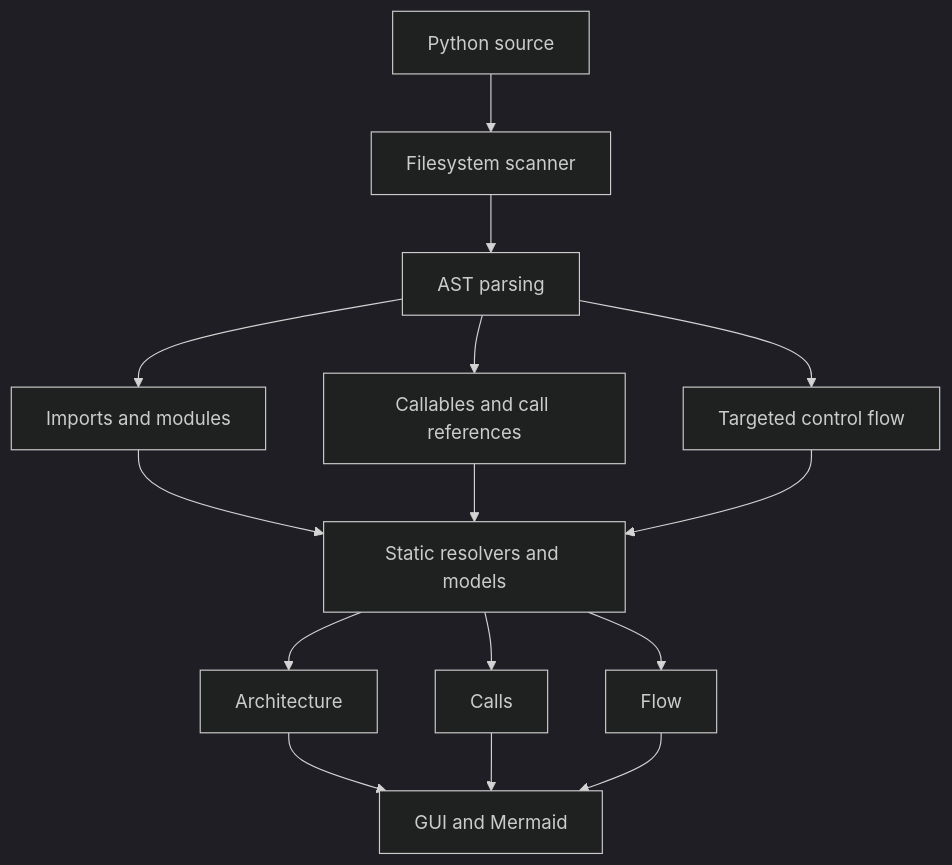
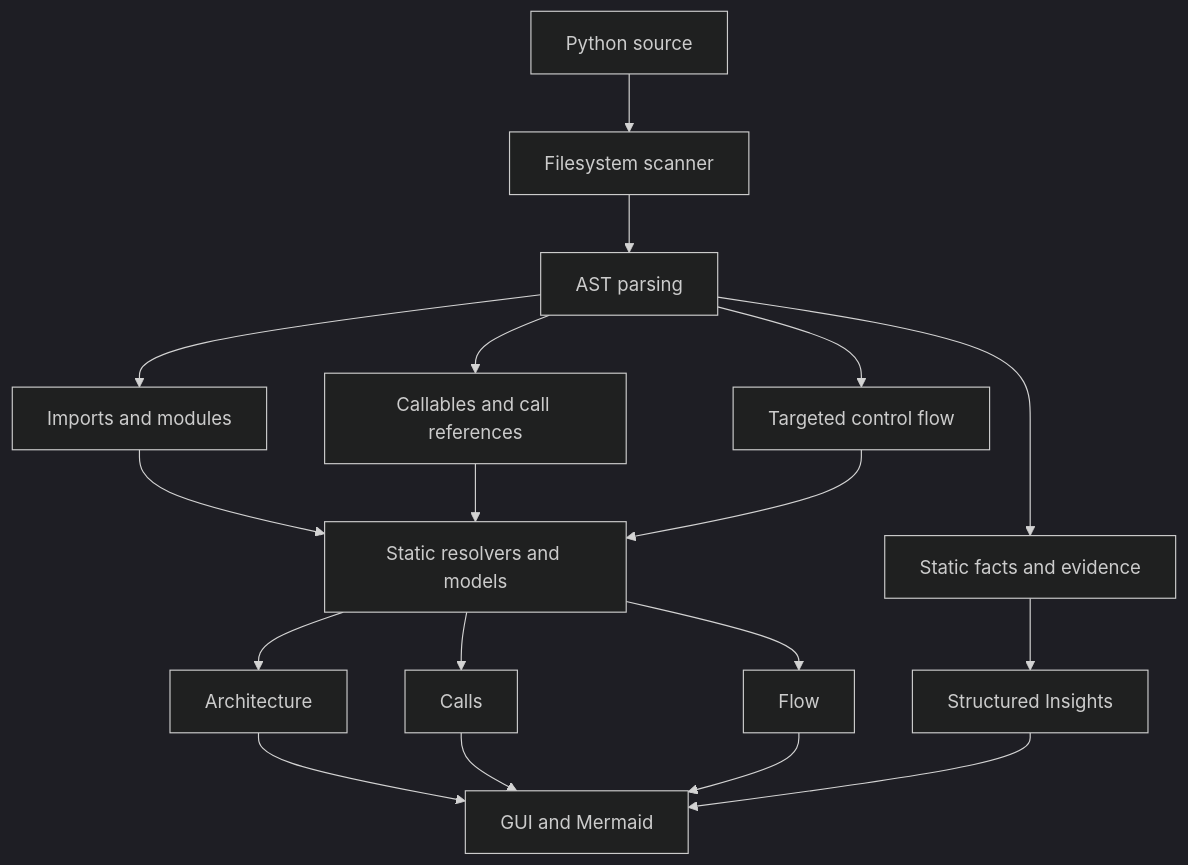
The diagram in README.md (tonygloaguen/PySynoptic), drawn with Mermaid (dark theme) before and after one commit. The commit also changed other lines of this file and 7 other files, not shown here.

````diff
--- a/README.md
+++ b/README.md
@@ -101,17 +115,20 @@
 ```mermaid
 flowchart TD
     source[Python source] --> scanner[Filesystem scanner]
     scanner --> ast[AST parsing]
     ast --> imports[Imports and modules]
     ast --> calls[Callables and call references]
     ast --> flow[Targeted control flow]
+    ast --> facts[Static facts and evidence]
     imports --> resolvers[Static resolvers and models]
     calls --> resolvers
     flow --> resolvers
+    facts --> insights[Structured Insights]
     resolvers --> architecture[Architecture]
     resolvers --> call_view[Calls]
     resolvers --> flow_view[Flow]
     architecture --> output[GUI and Mermaid]
     call_view --> output
     flow_view --> output
+    insights --> output
 ```
````
